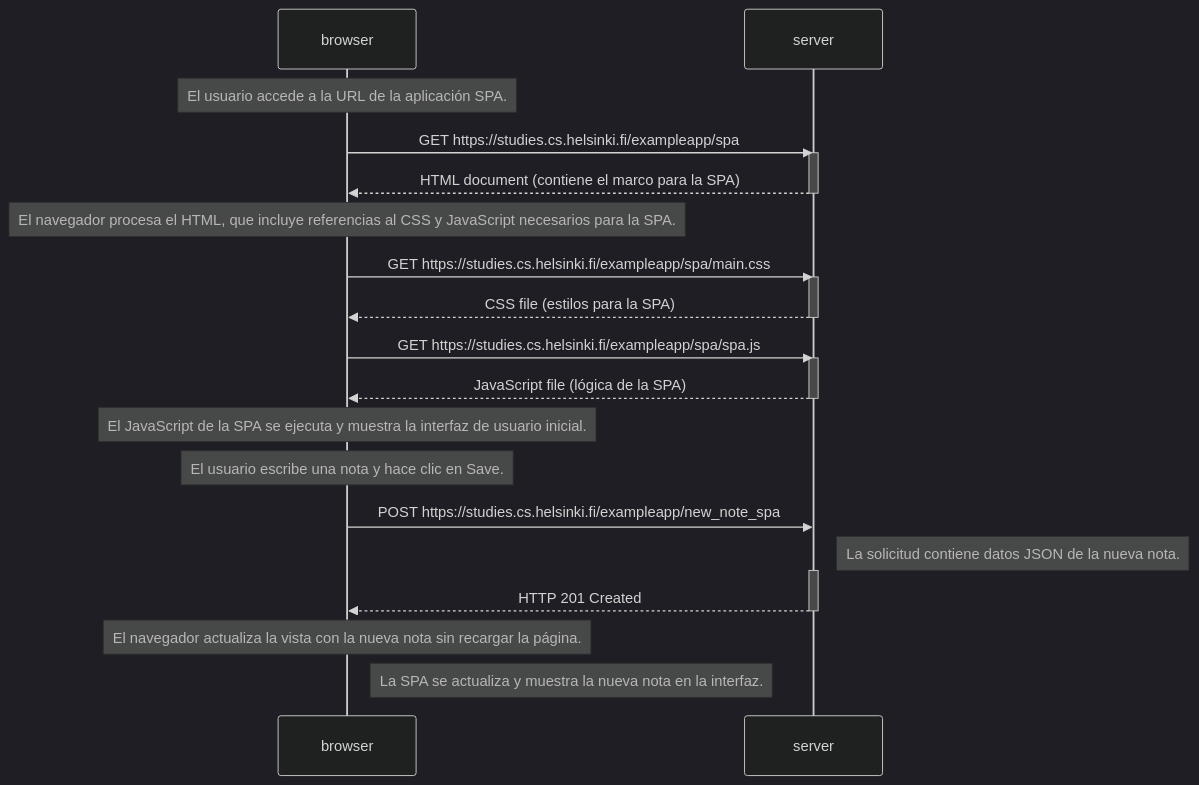
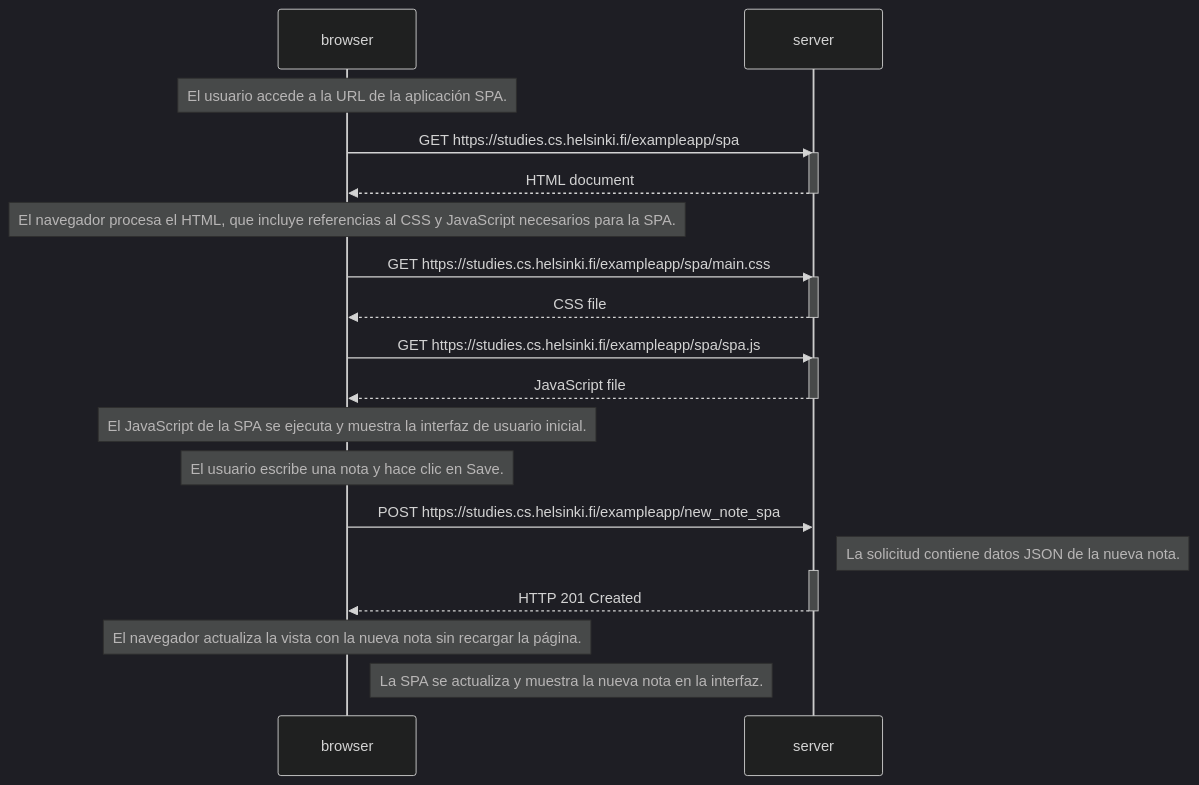
The diagram in part0/DiagramaSPA.md (PopetasMixs/FullStackOpen), drawn with Mermaid (dark theme) before and after one commit.

````diff
--- a/part0/DiagramaSPA.md
+++ b/part0/DiagramaSPA.md
@@ -1,38 +1,38 @@
 ```mermaid 
 sequenceDiagram
     participant browser
     participant server
 
     Note over browser: El usuario accede a la URL de la aplicación SPA.
 
     browser->>server: GET https://studies.cs.helsinki.fi/exampleapp/spa
     activate server
-    server-->>browser: HTML document (contiene el marco para la SPA)
+    server-->>browser: HTML document
     deactivate server
 
     Note over browser: El navegador procesa el HTML, que incluye referencias al CSS y JavaScript necesarios para la SPA.
 
     browser->>server: GET https://studies.cs.helsinki.fi/exampleapp/spa/main.css
     activate server
-    server-->>browser: CSS file (estilos para la SPA)
+    server-->>browser: CSS file
     deactivate server
 
     browser->>server: GET https://studies.cs.helsinki.fi/exampleapp/spa/spa.js
     activate server
-    server-->>browser: JavaScript file (lógica de la SPA)
+    server-->>browser: JavaScript file
     deactivate server
 
     Note over browser: El JavaScript de la SPA se ejecuta y muestra la interfaz de usuario inicial.
 
     Note over browser: El usuario escribe una nota y hace clic en Save.
 
     browser->>server: POST https://studies.cs.helsinki.fi/exampleapp/new_note_spa
     Note right of server: La solicitud contiene datos JSON de la nueva nota.
     activate server
     server-->>browser: HTTP 201 Created
     deactivate server
 
     Note over browser: El navegador actualiza la vista con la nueva nota sin recargar la página.
 
     Note right of browser: La SPA se actualiza y muestra la nueva nota en la interfaz.
 ```
````
